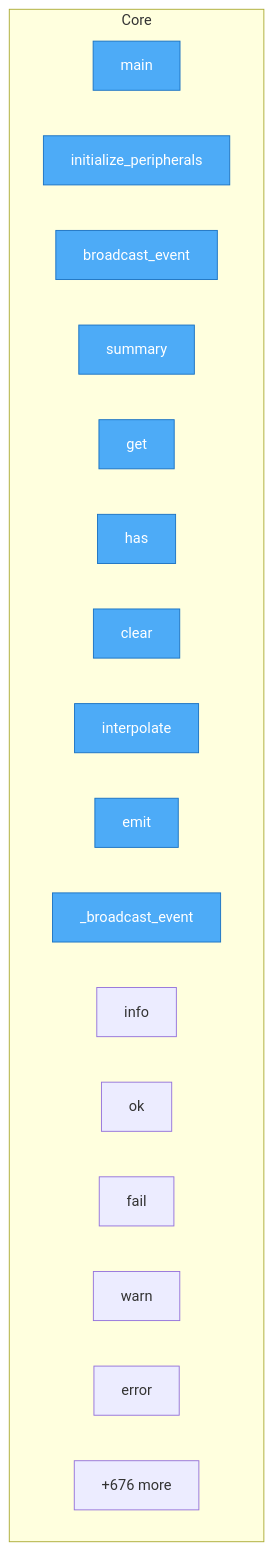
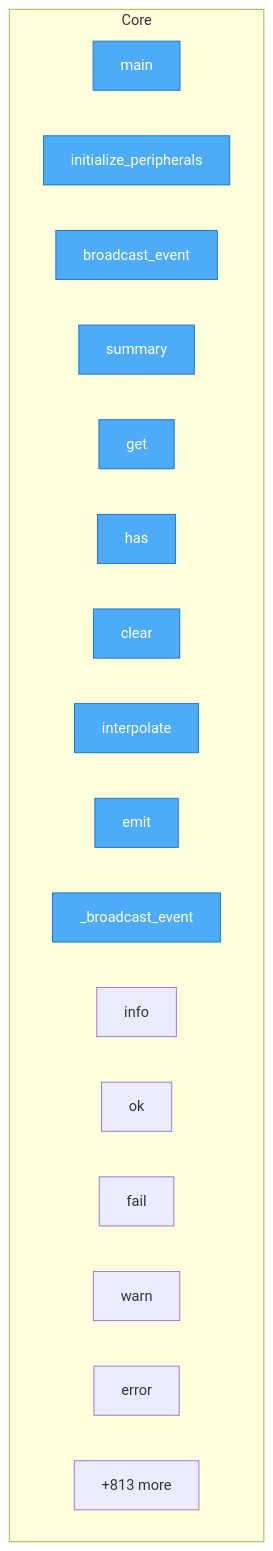
Before and after one commit to oqlos/oqlos: the diagram in project/flow.mmd, drawn with Mermaid. The commit also changed 68 other files, not shown here.

```diff
--- a/project/flow.mmd
+++ b/project/flow.mmd
@@ -1,26 +1,26 @@
 flowchart TD
-%% generated in 0.02s
+%% generated in 0.03s
 
     %% Entry points (blue)
     classDef entry fill:#4dabf7,stroke:#1971c2,color:#fff
 
     subgraph Core
         setup_hardware_and_run_oql__main["main"]
         oqlos__core__state__StateManager__initialize_peripherals["initialize_peripherals"]
         oqlos__core__state__StateManager__broadcast_event["broadcast_event"]
         oqlos__core__base__ScriptResult__summary["summary"]
         oqlos__core__base__VariableStore__get["get"]
         oqlos__core__base__VariableStore__has["has"]
         oqlos__core__base__VariableStore__clear["clear"]
         oqlos__core__base__VariableStore__interpolate["interpolate"]
         oqlos__core__base__InterpreterOutput__emit["emit"]
         oqlos__core__base__InterpreterOutput___broadcast_event["_broadcast_event"]
         oqlos__core__base__InterpreterOutput__info["info"]
         oqlos__core__base__InterpreterOutput__ok["ok"]
         oqlos__core__base__InterpreterOutput__fail["fail"]
         oqlos__core__base__InterpreterOutput__warn["warn"]
         oqlos__core__base__InterpreterOutput__error["error"]
-        ...["+676 more"]
+        ...["+813 more"]
     end
 
     class setup_hardware_and_run_oql__main,oqlos__core__state__StateManager__initialize_peripherals,oqlos__core__state__StateManager__broadcast_event,oqlos__core__base__ScriptResult__summary,oqlos__core__base__VariableStore__get,oqlos__core__base__VariableStore__has,oqlos__core__base__VariableStore__clear,oqlos__core__base__VariableStore__interpolate,oqlos__core__base__InterpreterOutput__emit,oqlos__core__base__InterpreterOutput___broadcast_event entry
```
